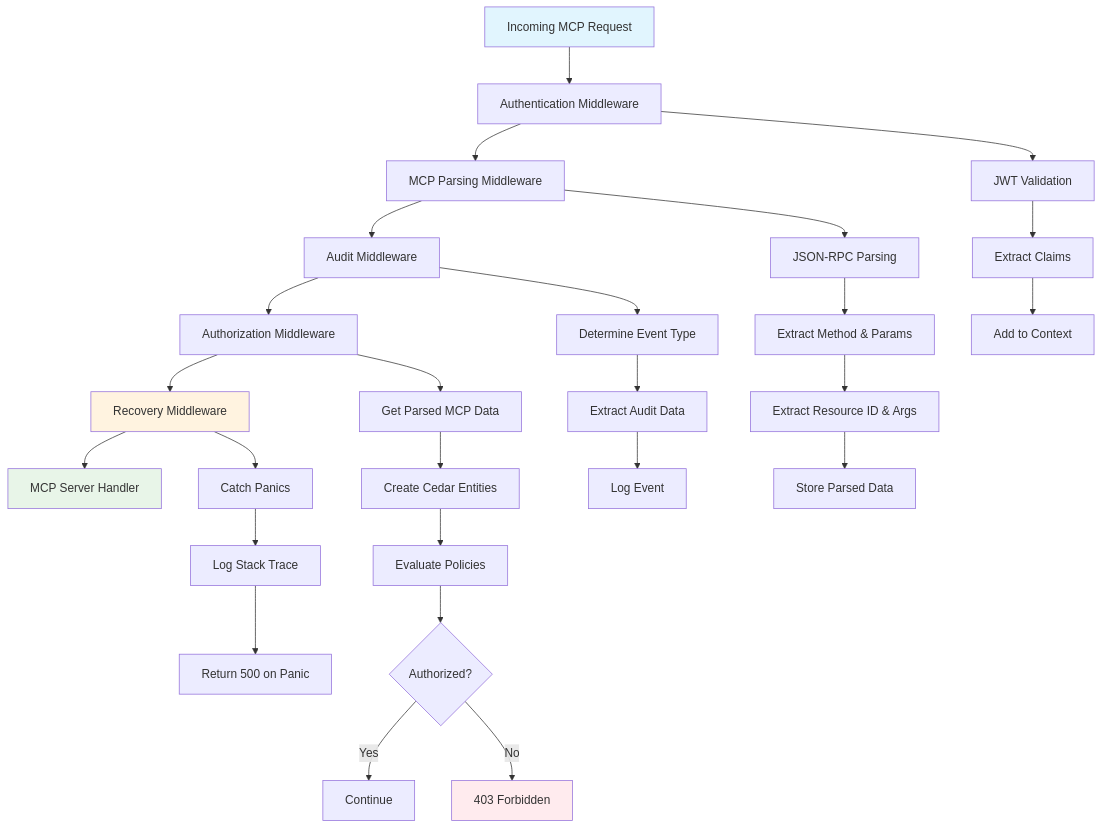
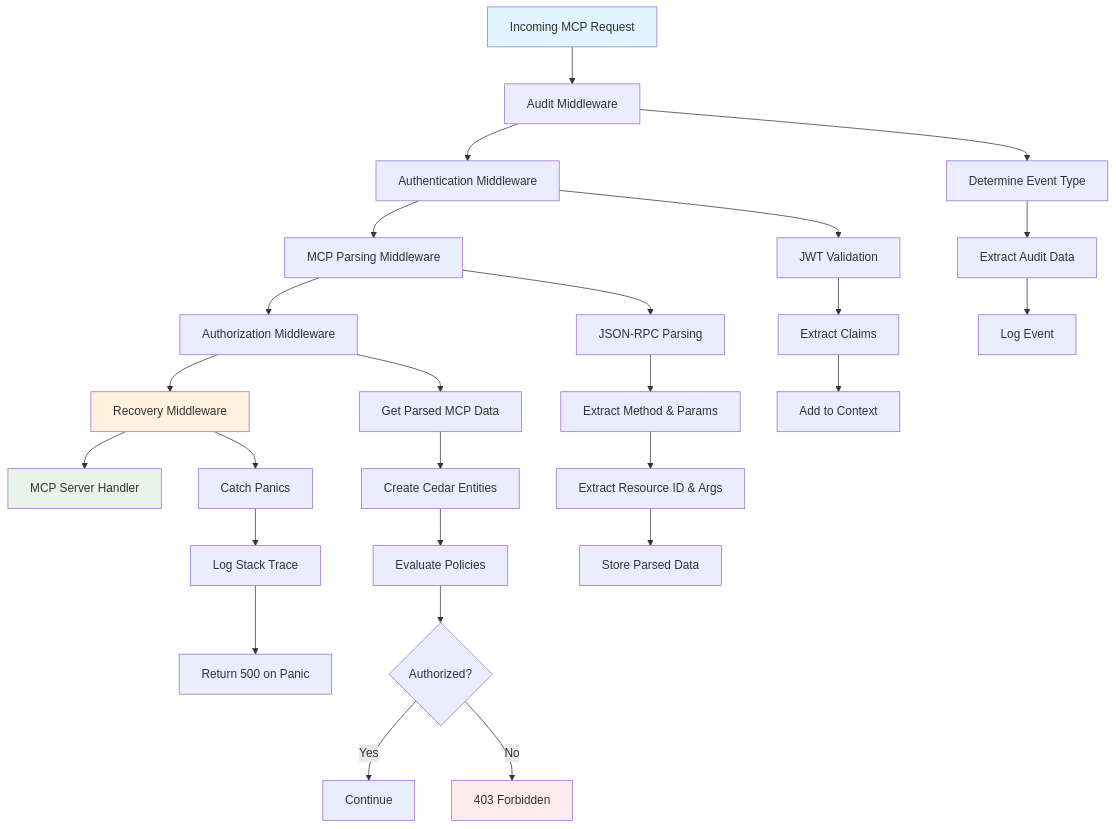
One commit to stacklok/toolhive changed the first of 4 diagrams in docs/middleware.md. Above: the diagram before and after it, drawn with Mermaid. The commit also changed other lines of this file and 13 other files, not shown here.

````diff
--- a/docs/middleware.md
+++ b/docs/middleware.md
@@ -60,38 +61,38 @@
 ```mermaid
 graph TD
-    A[Incoming MCP Request] --> B[Authentication Middleware]
+    A[Incoming MCP Request] --> E[Audit Middleware]
+    E --> B[Authentication Middleware]
     B --> C[MCP Parsing Middleware]
-    C --> E[Audit Middleware]
-    E --> D[Authorization Middleware]
+    C --> D[Authorization Middleware]
     D --> R[Recovery Middleware]
     R --> F[MCP Server Handler]
 
     R --> R1[Catch Panics]
     R1 --> R2[Log Stack Trace]
     R2 --> R3[Return 500 on Panic]
 
     B --> B1[JWT Validation]
     B1 --> B2[Extract Claims]
     B2 --> B3[Add to Context]
 
     C --> C1[JSON-RPC Parsing]
     C1 --> C2[Extract Method & Params]
     C2 --> C3[Extract Resource ID & Args]
     C3 --> C4[Store Parsed Data]
 
     D --> D1[Get Parsed MCP Data]
     D1 --> D2[Create Cedar Entities]
     D2 --> D3[Evaluate Policies]
     D3 --> D4{Authorized?}
     D4 -->|Yes| D5[Continue]
     D4 -->|No| D6[403 Forbidden]
 
     E --> E1[Determine Event Type]
     E1 --> E2[Extract Audit Data]
     E2 --> E3[Log Event]
 
     style A fill:#e1f5fe
     style R fill:#fff3e0
     style F fill:#e8f5e8
     style D6 fill:#ffebee
 ```
````
